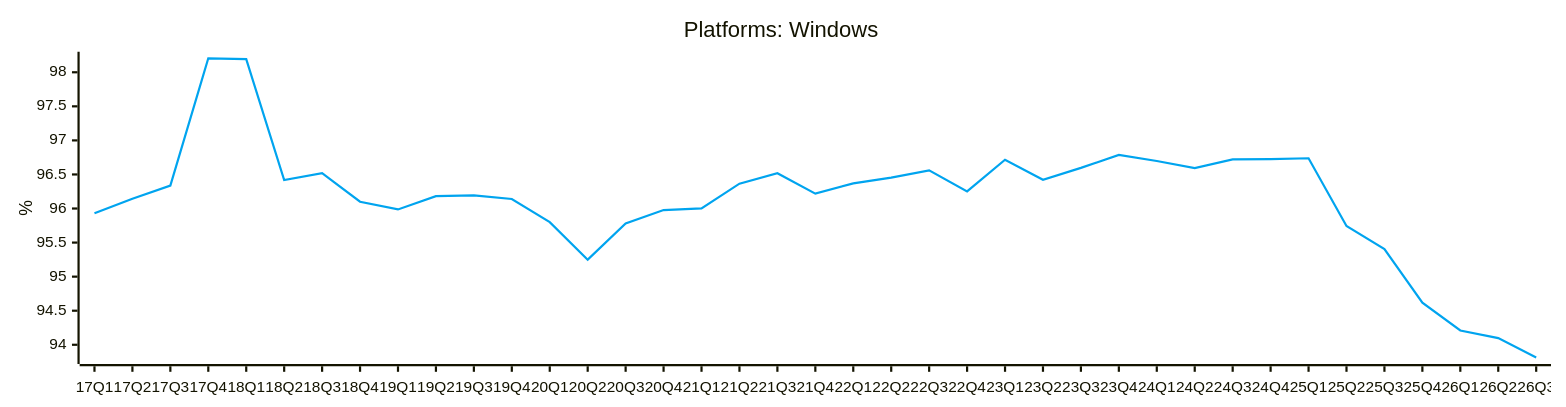
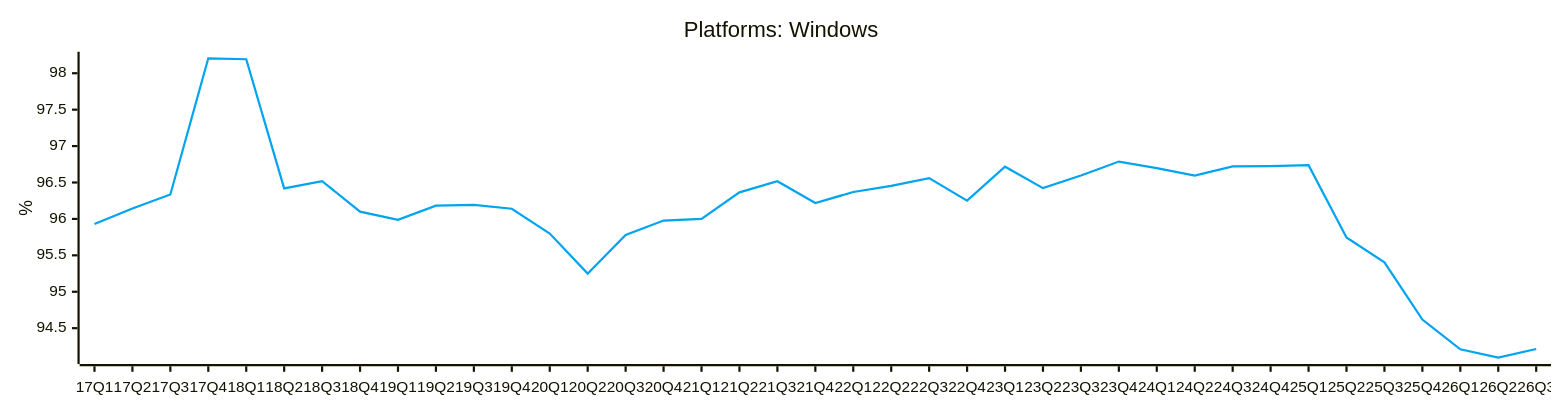
Before and after one commit to jdegene/steamHWsurvey: diagram 13 of 31 in README.md, drawn with Mermaid. The commit also changed other lines of this file and 2 other files, not shown here.

````diff
--- a/README.md
+++ b/README.md
@@ -455,19 +455,19 @@
 ```mermaid
 ---
 config:
     xyChart:
         width: 1400
         height: 350
         
     themeVariables:
         xyChart:
             plotColorPalette: "#00A4EF"
 
 --- 
 
 xychart-beta
     title "Platforms: Windows"
     x-axis [17Q1, 17Q2, 17Q3, 17Q4, 18Q1, 18Q2, 18Q3, 18Q4, 19Q1, 19Q2, 19Q3, 19Q4, 20Q1, 20Q2, 20Q3, 20Q4, 21Q1, 21Q2, 21Q3, 21Q4, 22Q1, 22Q2, 22Q3, 22Q4, 23Q1, 23Q2, 23Q3, 23Q4, 24Q1, 24Q2, 24Q3, 24Q4, 25Q1, 25Q2, 25Q3, 25Q4, 26Q1, 26Q2, 26Q3]
     y-axis "%" 
-    line [95.93077157802871, 96.14358153189218, 96.335797352114, 98.2051556994227, 98.19224868254285, 96.41927606149704, 96.5195047886008, 96.09970461570235, 95.98653029864667, 96.18231901638656, 96.1924850487725, 96.13973260690635, 95.79966074962073, 95.24887243795703, 95.77968082937306, 95.97729984600053, 96.00093389366951, 96.3644960136504, 96.51791074644787, 96.21786476146109, 96.36945418071323, 96.45358462278666, 96.559659973536, 96.25178127450455, 96.71672771330697, 96.42300386215726, 96.5964455674196, 96.78761180751577, 96.69704930026714, 96.59410712782618, 96.72038365912319, 96.72614773948945, 96.73812324746858, 95.74425762677885, 95.4048291732717, 94.61750116087791, 94.21011700277774, 94.09736760554283, 93.81314394318294]
+    line [95.93077157802868, 96.14358153189218, 96.335797352114, 98.2051556994227, 98.19224868254285, 96.41927606149703, 96.5195047886008, 96.09970461570235, 95.98653029864667, 96.18231901638656, 96.19248504877248, 96.13973260690635, 95.79966074962071, 95.24887243795703, 95.77968082937306, 95.97729984600053, 96.00093389366951, 96.36449601365037, 96.51791074644787, 96.2178647614611, 96.36945418071323, 96.45358462278665, 96.559659973536, 96.25178127450455, 96.71672771330697, 96.42300386215726, 96.5964455674196, 96.78761180751577, 96.69704930026714, 96.59410712782618, 96.7203836591232, 96.72614773948945, 96.73812324746858, 95.74425762677885, 95.4048291732717, 94.6175011608779, 94.21011700277774, 94.09736760554284, 94.21426648148552]
 ``` 
````
